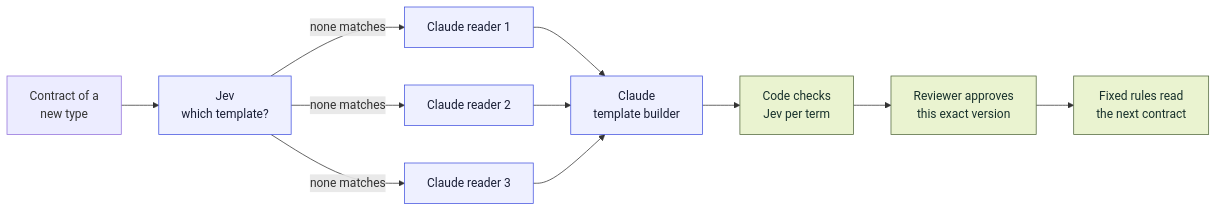
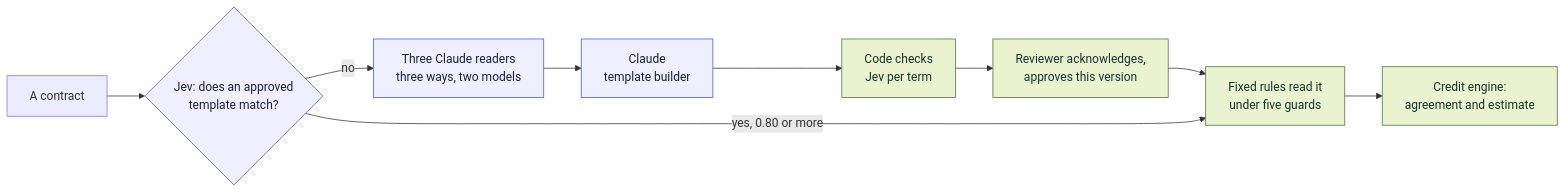
One commit to ronoktanvir/uptime changed the second of 2 diagrams in README.md. Above: the diagram before and after it, drawn with Mermaid. The commit also changed other lines of this file and 3 other files, not shown here.

First line of the commit message:
docs: the README describes the current template builder, with the real run and all three held-out runs

````diff
--- a/README.md
+++ b/README.md
@@ -123,13 +127,15 @@
 ```mermaid
 flowchart LR
-    N["Contract of a<br/>new type"] --> J["Jev<br/>which template?"]
-    J -->|"none matches"| R1["Claude reader 1"] & R2["Claude reader 2"] & R3["Claude reader 3"]
-    R1 & R2 & R3 --> B["Claude<br/>template builder"]
+    N["A contract"] --> J{"Jev: does an approved<br/>template match?"}
+    J -->|"no"| R["Three Claude readers<br/>three ways, two models"]
+    R --> B["Claude<br/>template builder"]
     B --> K["Code checks<br/>Jev per term"]
-    K --> H["Reviewer approves<br/>this exact version"]
-    H --> F["Fixed rules read<br/>the next contract"]
+    K --> H["Reviewer acknowledges,<br/>approves this version"]
+    H --> F
+    J -->|"yes, 0.80 or more"| F["Fixed rules read it<br/>under five guards"]
+    F --> M["Credit engine:<br/>agreement and estimate"]
     classDef model fill:#EEF0FF,stroke:#4353E0,color:#1A1F36;
     classDef code fill:#EAF3D0,stroke:#52683D,color:#18312C;
-    class J,R1,R2,R3,B model;
-    class K,H,F code;
+    class J,R,B model;
+    class K,H,F,M code;
 ```
````
